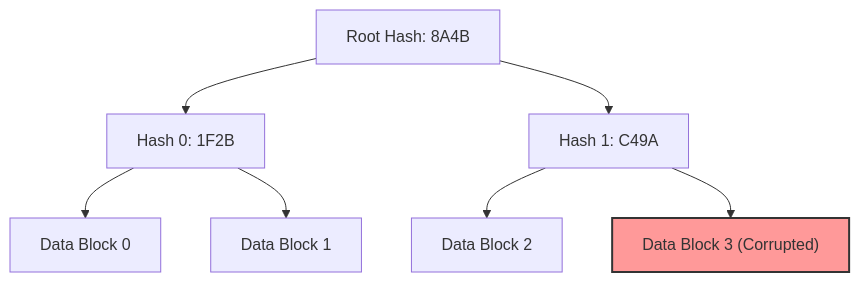
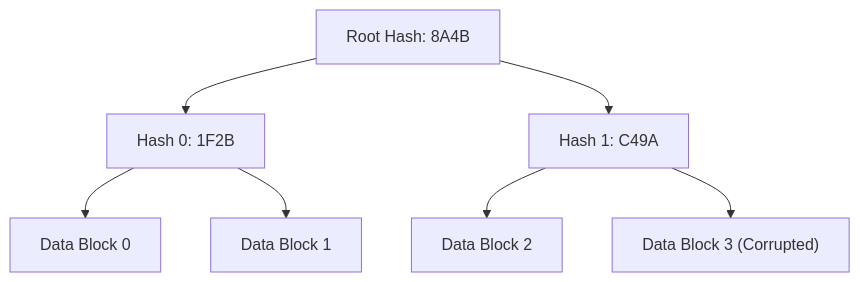
The second of 2 diagrams in src/content/docs/concepts/1-distributed-systems-architecture/byzantine-fault-tolerance.md (kythuatdulieu/kythuatdulieu.github.io), drawn with Mermaid before and after one commit. The commit also changed 682 other files, not shown here.

````diff
--- a/src/content/docs/concepts/1-distributed-systems-architecture/byzantine-fault-tolerance.md
+++ b/src/content/docs/concepts/1-distributed-systems-architecture/byzantine-fault-tolerance.md
@@ -106,11 +106,10 @@
 ```mermaid
 graph TD
     Root["Root Hash: 8A4B"] --> H0["Hash 0: 1F2B"]
     Root --> H1["Hash 1: C49A"]
     H0 --> Data0["Data Block 0"]
     H0 --> Data1["Data Block 1"]
     H1 --> Data2["Data Block 2"]
     H1 --> Data3["Data Block 3 (Corrupted)"]
-    
-    style Data3 fill:#ff9999,stroke:#333,stroke-width:2px
+
 ```
````
